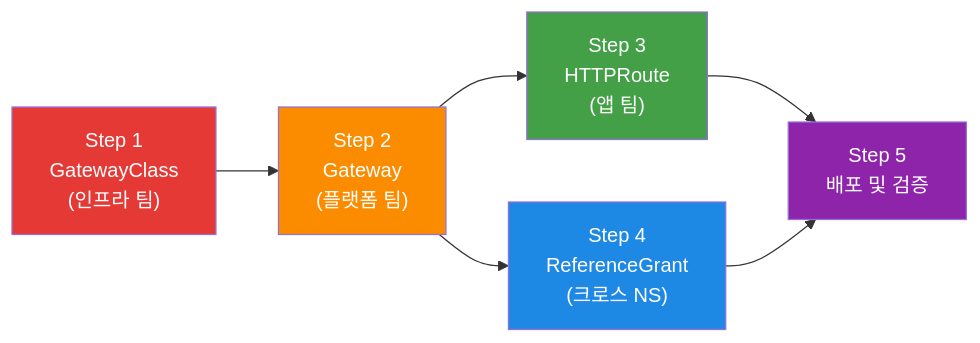
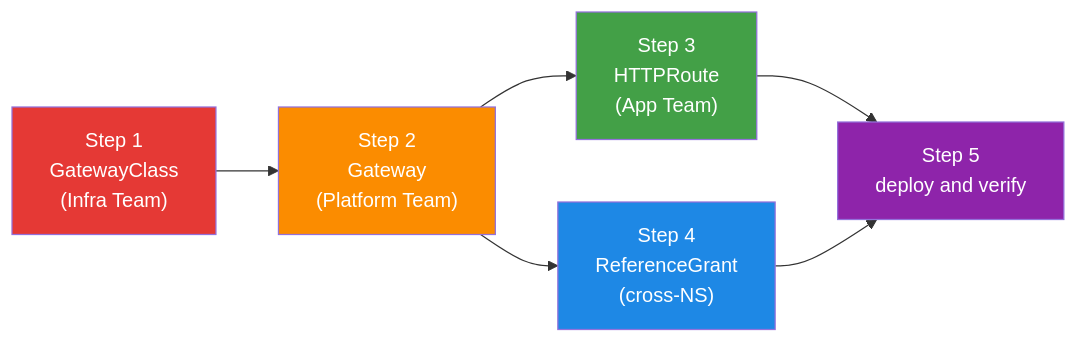
The sixth of 7 diagrams in docs/eks-best-practices/networking-performance/gateway-api-adoption-guide/index.md (devfloor9/engineering-playbook), drawn with Mermaid before and after one commit. The commit also changed other lines of this file and 954 other files, not shown here.

````diff
--- a/docs/eks-best-practices/networking-performance/gateway-api-adoption-guide/index.md
+++ b/docs/eks-best-practices/networking-performance/gateway-api-adoption-guide/index.md
@@ -506,19 +506,19 @@
 ```mermaid
 flowchart LR
-    step1["Step 1<br/>GatewayClass<br/>(인프라 팀)"]
-    step2["Step 2<br/>Gateway<br/>(플랫폼 팀)"]
-    step3["Step 3<br/>HTTPRoute<br/>(앱 팀)"]
-    step4["Step 4<br/>ReferenceGrant<br/>(크로스 NS)"]
-    step5["Step 5<br/>배포 및 검증"]
+    step1["Step 1<br/>GatewayClass<br/>(Infra Team)"]
+    step2["Step 2<br/>Gateway<br/>(Platform Team)"]
+    step3["Step 3<br/>HTTPRoute<br/>(App Team)"]
+    step4["Step 4<br/>ReferenceGrant<br/>(cross-NS)"]
+    step5["Step 5<br/>deploy and verify"]
 
     step1 --> step2 --> step3
     step2 --> step4
     step3 --> step5
     step4 --> step5
 
     style step1 fill:#e53935,color:#fff
     style step2 fill:#fb8c00,color:#fff
     style step3 fill:#43a047,color:#fff
     style step4 fill:#1e88e5,color:#fff
     style step5 fill:#8e24aa,color:#fff
 ```
````
